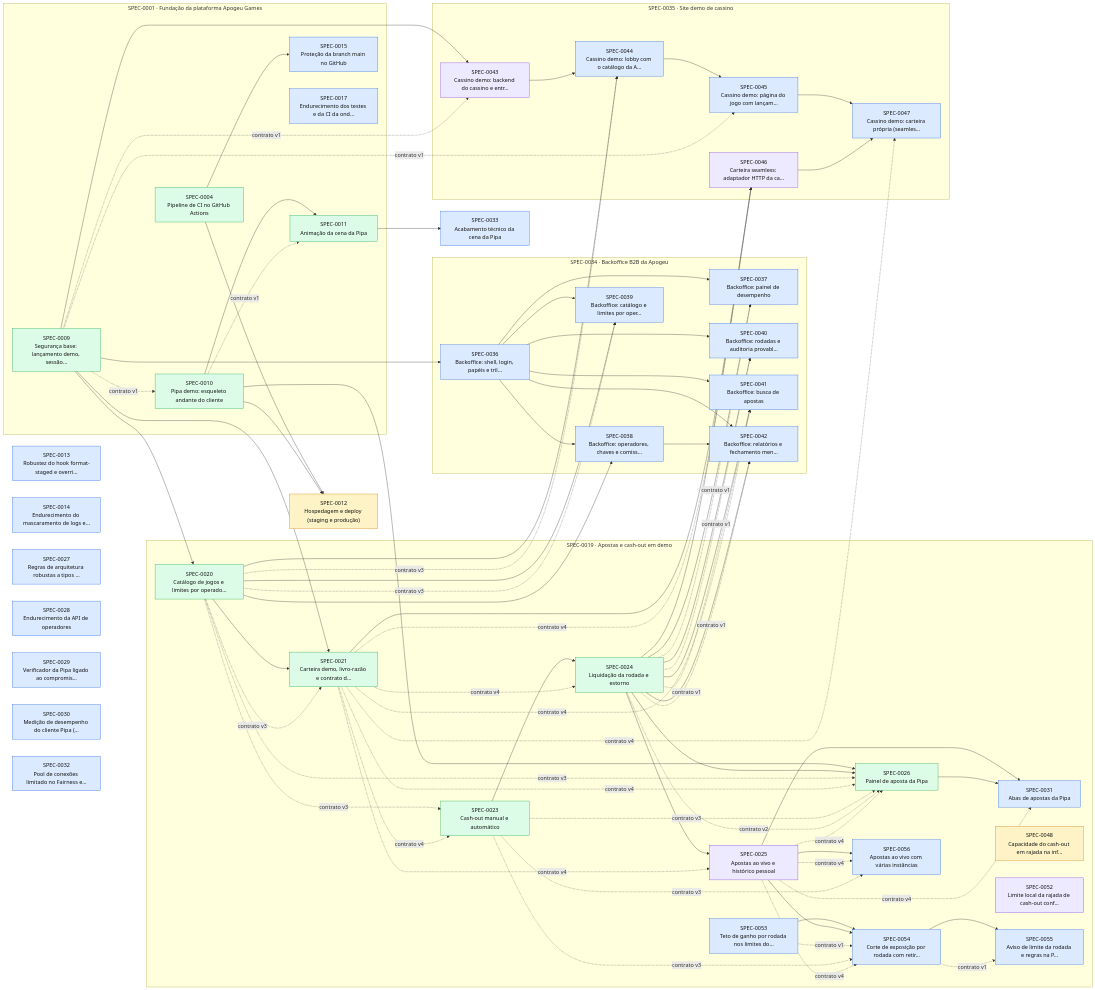
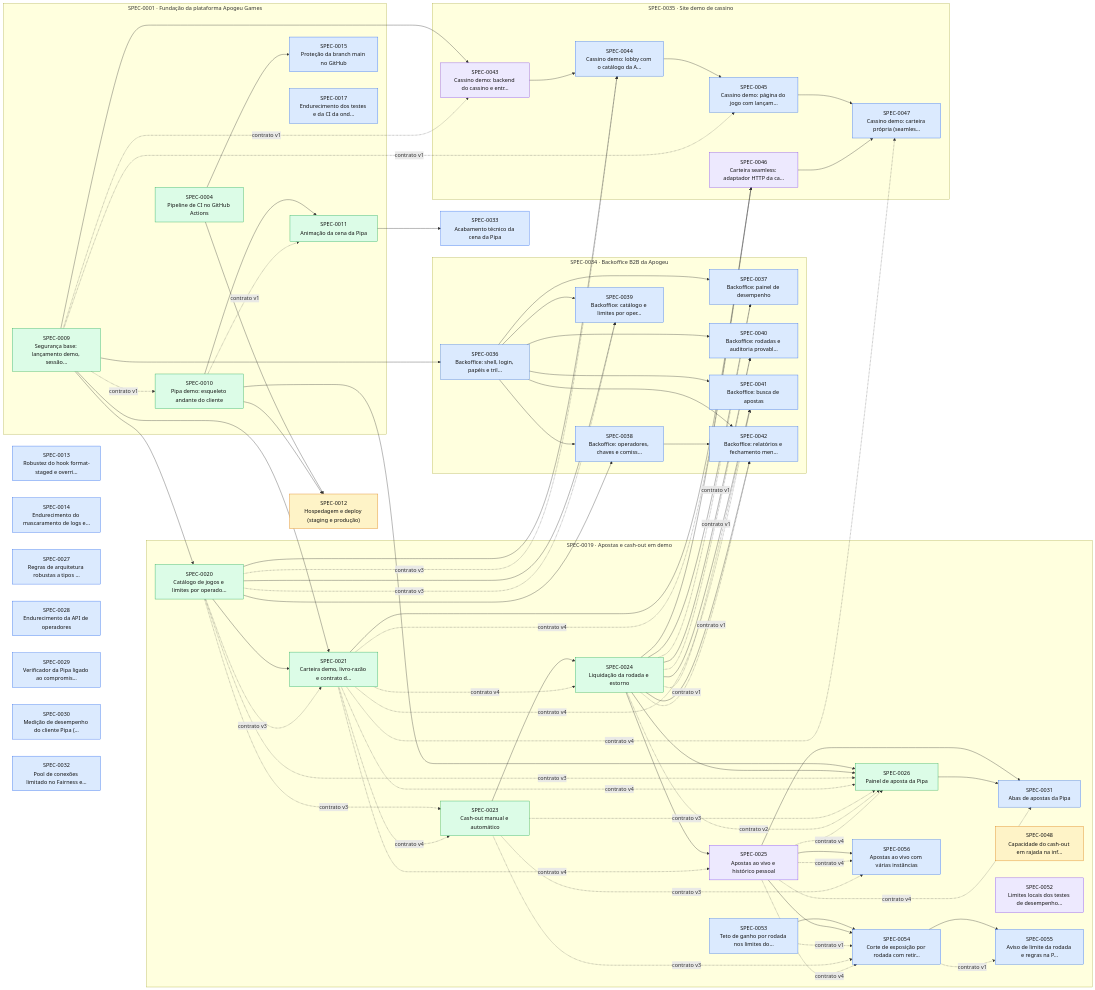
The diagram in docs/specs/INDEX.md (thomasravache/crash-games-provider), drawn with Mermaid before and after one commit. The commit also changed other lines of this file and 2 other files, not shown here.

First line of the commit message:
docs(sdd): Emenda v2 da SPEC-0052 (fator único de desempenho por máquina)

```diff
--- a/docs/specs/INDEX.md
+++ b/docs/specs/INDEX.md
@@ -124,7 +124,7 @@
     S0026["SPEC-0026<br/>Painel de aposta da Pipa"]:::implemented
     S0031["SPEC-0031<br/>Abas de apostas da Pipa"]:::approved
     S0048["SPEC-0048<br/>Capacidade do cash-out em rajada na inf…"]:::proposed
-    S0052["SPEC-0052<br/>Limite local da rajada de cash-out conf…"]:::inprogress
+    S0052["SPEC-0052<br/>Limites locais dos testes de desempenho…"]:::inprogress
     S0053["SPEC-0053<br/>Teto de ganho por rodada nos limites do…"]:::approved
     S0054["SPEC-0054<br/>Corte de exposição por rodada com retir…"]:::approved
     S0055["SPEC-0055<br/>Aviso de limite da rodada e regras na P…"]:::approved
```
